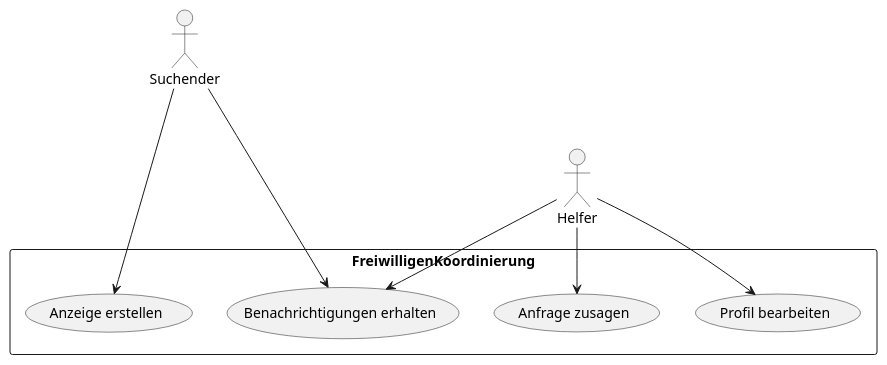
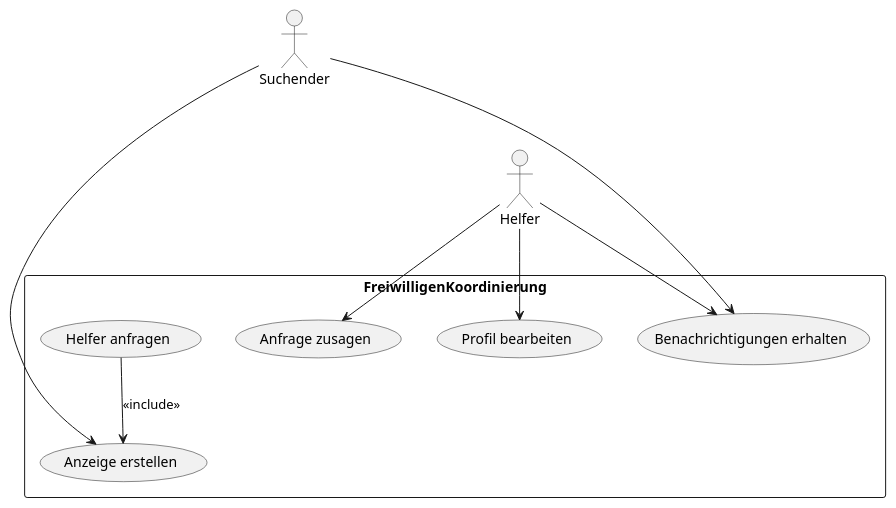
The diagram in usecase1.puml (pxrzivaldev/TeamProjektUML), drawn with PlantUML before and after one commit.

```diff
--- a/usecase1.puml
+++ b/usecase1.puml
@@ -1,16 +1,16 @@
 @startuml
-
 :Suchender:
 :Helfer:
 
 rectangle FreiwilligenKoordinierung {
     Suchender ---> (Anzeige erstellen)
     Suchender ---> (Benachrichtigungen erhalten)
     Helfer --> (Benachrichtigungen erhalten)
     Helfer --> (Profil bearbeiten)
     Helfer --> (Anfrage zusagen)
+    (Helfer anfragen) --> (Anzeige erstellen):<<include>>
 }
 
 
 
 @enduml
```
